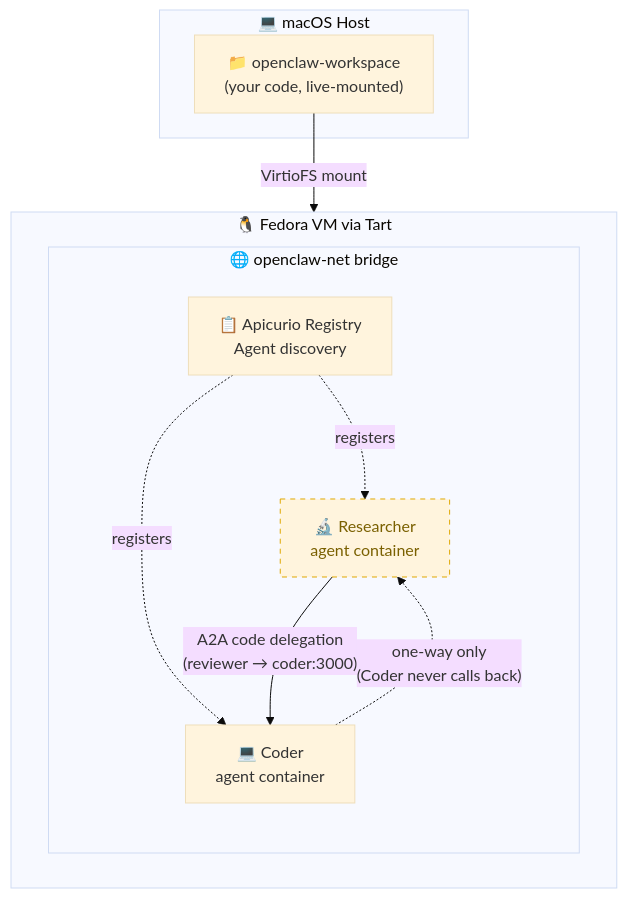
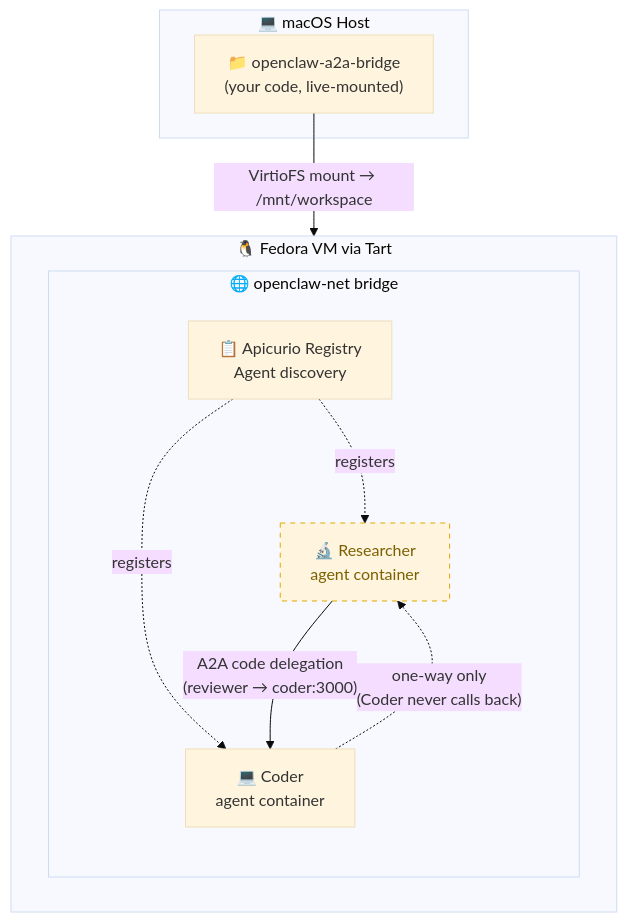
One commit to giacchetta/openclaw-a2a-bridge changed the first of 3 diagrams in README.md. Above: the diagram before and after it, drawn with Mermaid (base theme). The commit also changed other lines of this file and 2 other files, not shown here.

Commit message:
docs: Implement Tmux to connect with VM/Container as VS Code Chat/Agent doesn't allow due a bug

````diff
--- a/README.md
+++ b/README.md
@@ -23,23 +23,23 @@
 ```mermaid
 flowchart TD
     subgraph Mac["💻 macOS Host"]
-        WS["📁 openclaw-workspace<br/>(your code, live-mounted)"]
+        WS["📁 openclaw-a2a-bridge<br/>(your code, live-mounted)"]
     end
 
     subgraph VM["🐧 Fedora VM via Tart"]
         subgraph Net["🌐 openclaw-net bridge"]
             REG["📋 Apicurio Registry<br/>Agent discovery"]
             RES["🔬 Researcher<br/>agent container"]
             COD["💻 Coder<br/>agent container"]
         end
     end
 
-    WS -- "VirtioFS mount" --> VM
+    WS -- "VirtioFS mount → /mnt/workspace" --> VM
     REG -. "registers" .-> RES
     REG -. "registers" .-> COD
     RES -- "A2A code delegation<br/>(reviewer → coder:3000)" --> COD
     COD -. "one-way only<br/>(Coder never calls back)" .-> RES
 
     classDef pending stroke-dasharray: 5 5,stroke:#e0a800,color:#7a6000;
     class RES pending;
 ```
````
